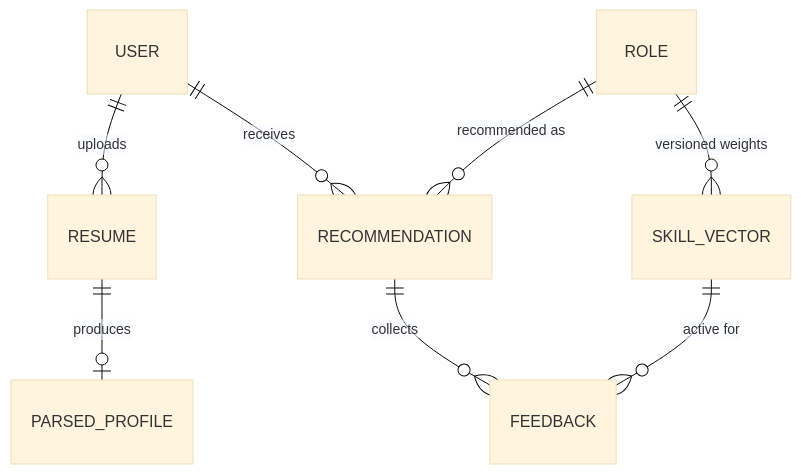
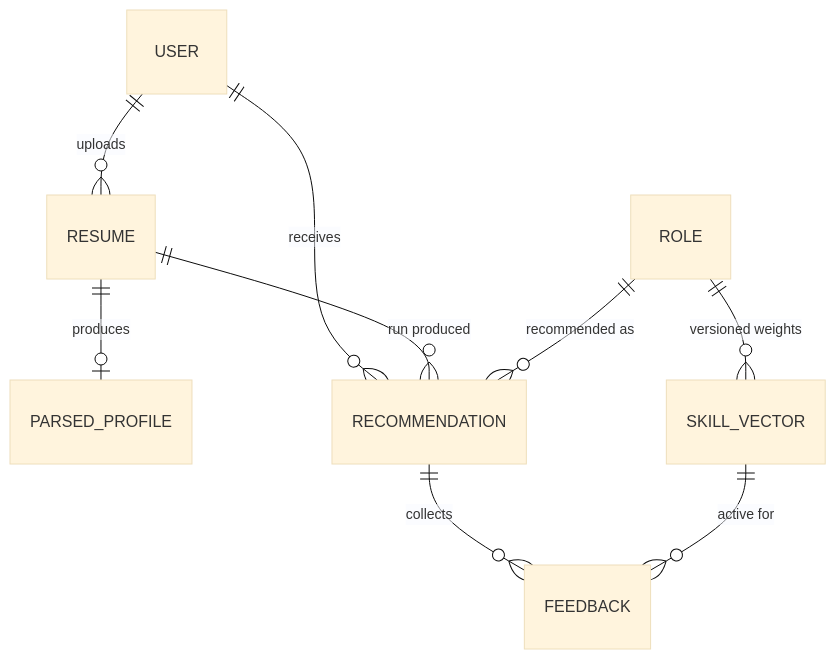
Before and after one commit to biswas2200/Smart-Resume-Analyzer-and-Job-Recommendation-System: the diagram in docs/database-schema.md, drawn with Mermaid (base theme). The commit also changed other lines of this file and 20 other files, not shown here.

````diff
--- a/docs/database-schema.md
+++ b/docs/database-schema.md
@@ -9,10 +7,11 @@
 ```mermaid
 erDiagram
     USER ||--o{ RESUME : uploads
     RESUME ||--o| PARSED_PROFILE : produces
     USER ||--o{ RECOMMENDATION : receives
+    RESUME ||--o{ RECOMMENDATION : "run produced"
     ROLE ||--o{ RECOMMENDATION : "recommended as"
     ROLE ||--o{ SKILL_VECTOR : "versioned weights"
     RECOMMENDATION ||--o{ FEEDBACK : collects
     SKILL_VECTOR ||--o{ FEEDBACK : "active for"
 ```
````
